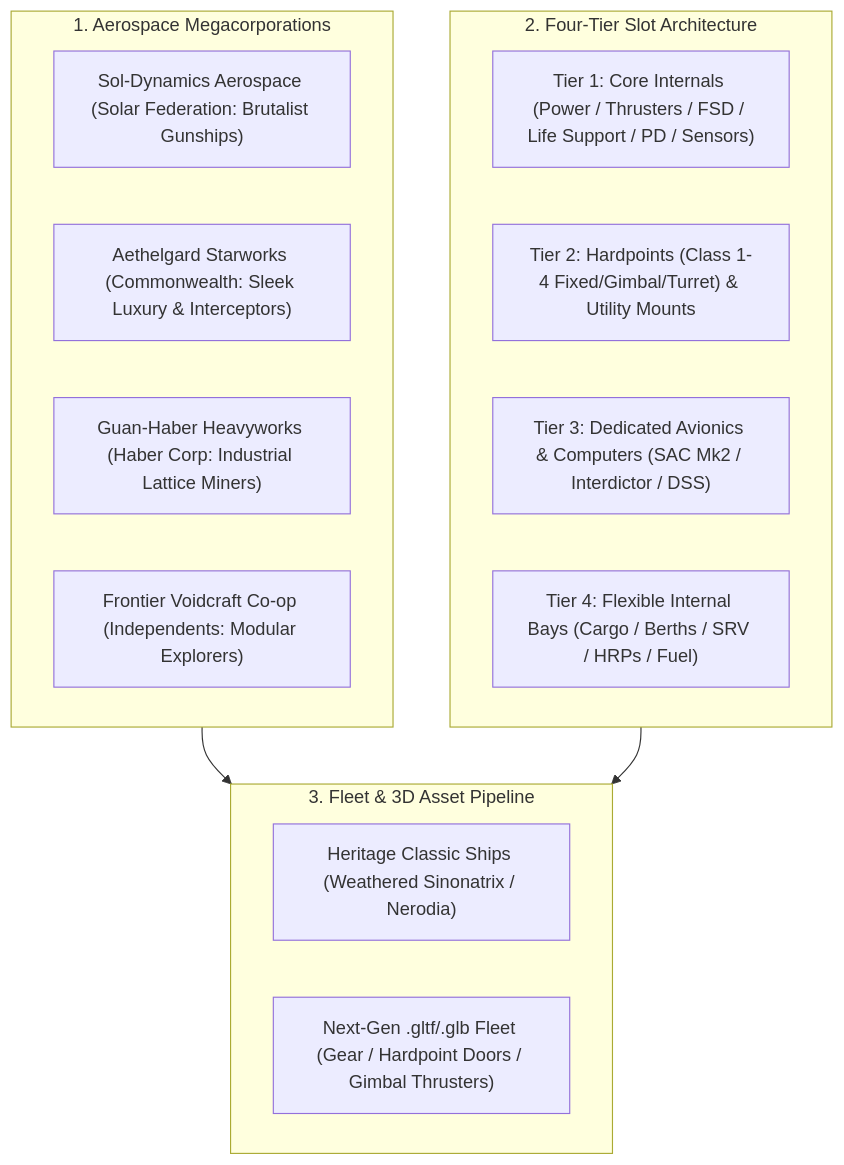
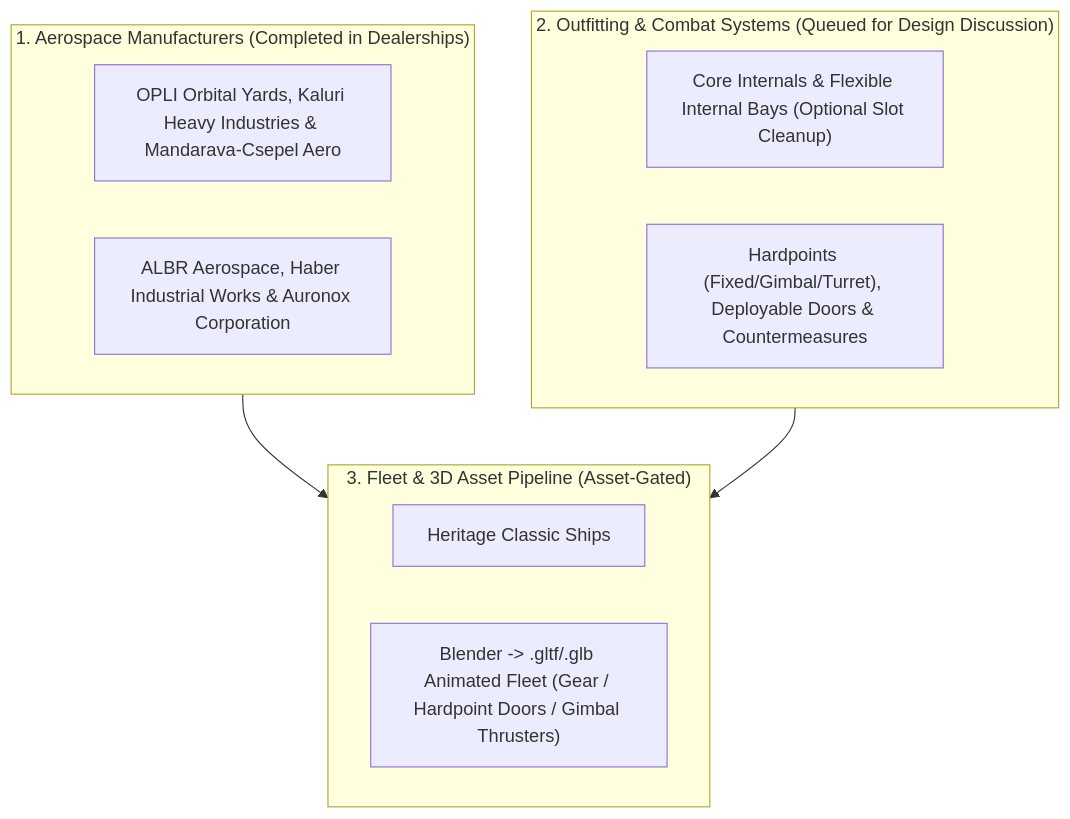
Before and after one commit to austeregrim/pioneer-expanse: the diagram in plans/F_PLAN_FLEET_MANUFACTURERS.md, drawn with Mermaid. The commit also changed other lines of this file and 18 other files, not shown here.

Commit message:
feat(nav,storage,fleet,docs): add cross-system target memory, resident station storage, docked module transfer, and sync roadmap plans

````diff
--- a/plans/F_PLAN_FLEET_MANUFACTURERS.md
+++ b/plans/F_PLAN_FLEET_MANUFACTURERS.md
@@ -23,24 +23,20 @@
 ```mermaid
 graph TD
-    subgraph Corps["1. Aerospace Megacorporations"]
-        C1["Sol-Dynamics Aerospace (Solar Federation: Brutalist Gunships)"]
-        C2["Aethelgard Starworks (Commonwealth: Sleek Luxury & Interceptors)"]
-        C3["Guan-Haber Heavyworks (Haber Corp: Industrial Lattice Miners)"]
-        C4["Frontier Voidcraft Co-op (Independents: Modular Explorers)"]
+    subgraph Corps["1. Aerospace Manufacturers (Completed in Dealerships)"]
+        C1["OPLI Orbital Yards, Kaluri Heavy Industries & Mandarava-Csepel Aero"]
+        C2["ALBR Aerospace, Haber Industrial Works & Auronox Corporation"]
     end
 
-    subgraph Slots["2. Four-Tier Slot Architecture"]
-        T1["Tier 1: Core Internals (Power / Thrusters / FSD / Life Support / PD / Sensors)"]
-        T2["Tier 2: Hardpoints (Class 1-4 Fixed/Gimbal/Turret) & Utility Mounts"]
-        T3["Tier 3: Dedicated Avionics & Computers (SAC Mk2 / Interdictor / DSS)"]
-        T4["Tier 4: Flexible Internal Bays (Cargo / Berths / SRV / HRPs / Fuel)"]
+    subgraph Slots["2. Outfitting & Combat Systems (Queued for Design Discussion)"]
+        T1["Core Internals & Flexible Internal Bays (Optional Slot Cleanup)"]
+        T2["Hardpoints (Fixed/Gimbal/Turret), Deployable Doors & Countermeasures"]
     end
 
-    subgraph Assets["3. Fleet & 3D Asset Pipeline"]
-        A1["Heritage Classic Ships (Weathered Sinonatrix / Nerodia)"]
-        A2["Next-Gen .gltf/.glb Fleet (Gear / Hardpoint Doors / Gimbal Thrusters)"]
+    subgraph Assets["3. Fleet & 3D Asset Pipeline (Asset-Gated)"]
+        A1["Heritage Classic Ships"]
+        A2["Blender -> .gltf/.glb Animated Fleet (Gear / Hardpoint Doors / Gimbal Thrusters)"]
     end
 
     Corps --> Assets
     Slots --> Assets
 ```
````
